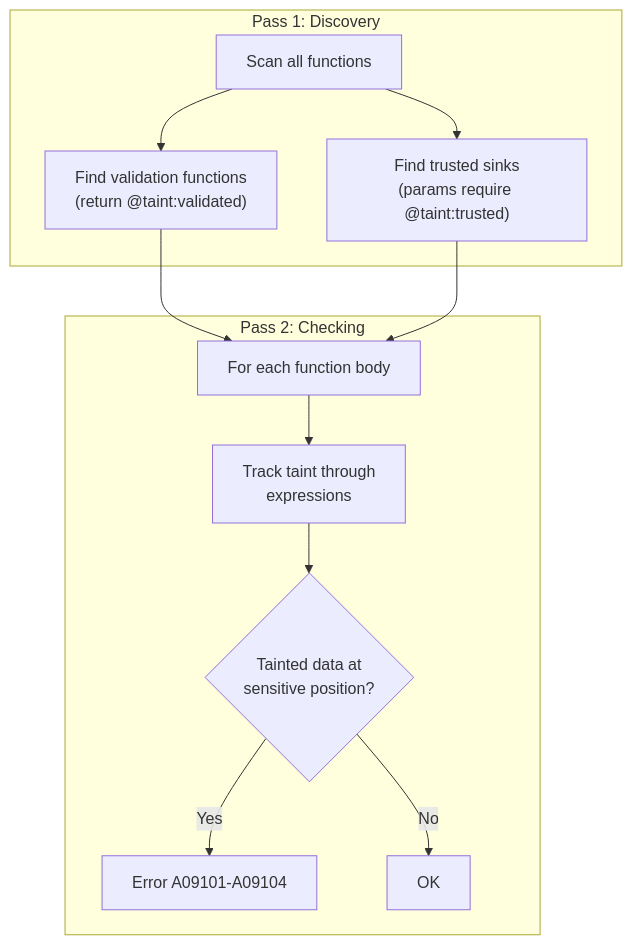
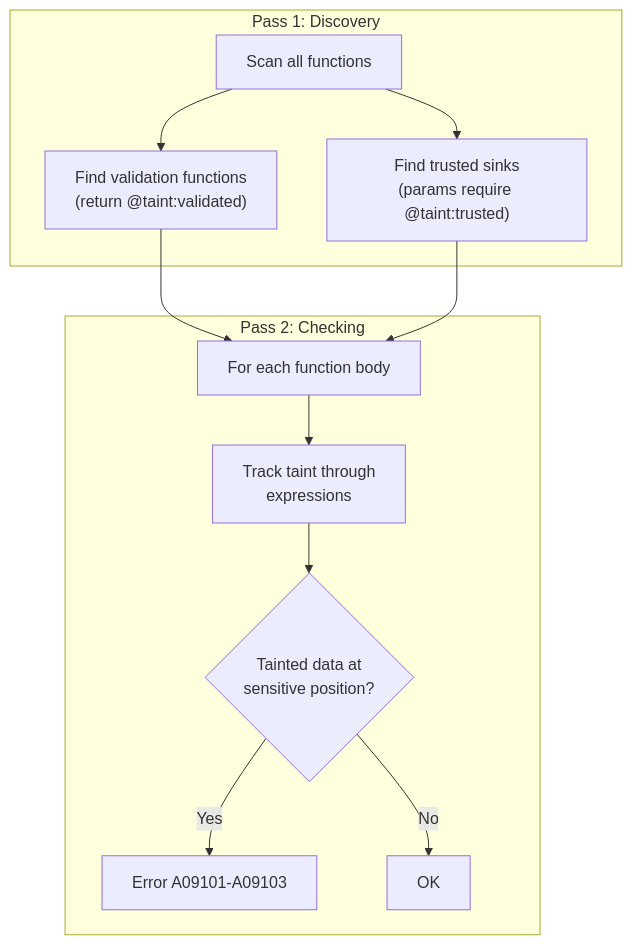
One commit to assura-lang/assura changed the fourth of 8 diagrams in docs/EXPLAINER.md. Above: the diagram before and after it, drawn with Mermaid. The commit also changed other lines of this file and 6 other files, not shown here.

````diff
--- a/docs/EXPLAINER.md
+++ b/docs/EXPLAINER.md
@@ -297,15 +297,15 @@
 ```mermaid
 graph TD
     subgraph "Pass 1: Discovery"
         A["Scan all functions"] --> B["Find validation functions\n(return @taint:validated)"]
         A --> C["Find trusted sinks\n(params require @taint:trusted)"]
     end
     subgraph "Pass 2: Checking"
         D["For each function body"] --> E["Track taint through\nexpressions"]
         E --> F{Tainted data at\nsensitive position?}
-        F -->|Yes| G["Error A09101-A09104"]
+        F -->|Yes| G["Error A09101-A09103"]
         F -->|No| H["OK"]
     end
     B --> D
     C --> D
 ```
````
